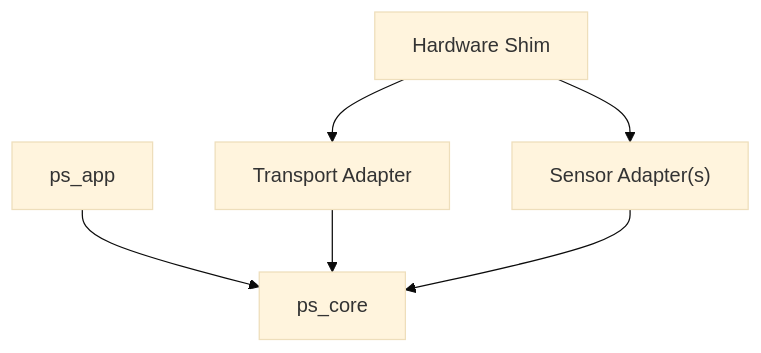
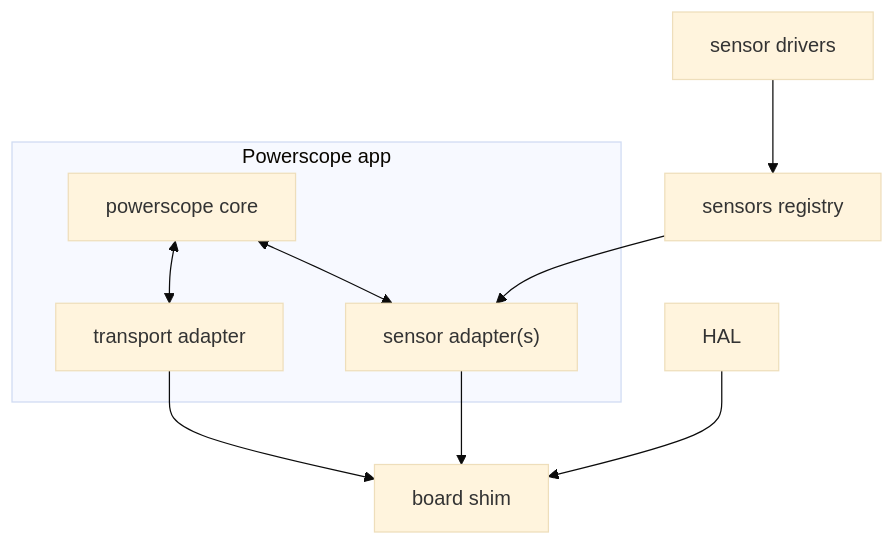
Before and after one commit to brahimab8/stm32-power-scope: the fifth of 7 diagrams in docs/architecture.md, drawn with Mermaid (base theme). The commit also changed other lines of this file and 8 other files, not shown here.

Commit message:
docs: rewrite README and architecture; add new docs for the daemon, ctr_cli and build & test workflows; ensure path consistency across docs

````diff
--- a/docs/architecture.md
+++ b/docs/architecture.md
@@ -53,14 +168,21 @@
 ```mermaid
 flowchart TB
-  APP[ps_app]
-  CORE[ps_core]
-  TRANSPORT[Transport Adapter]
-  SENSOR["Sensor Adapter(s)"]
-  SHIM["Hardware Shim"]
+  subgraph APP[Powerscope app]
+    CORE[powerscope core]
+    TA[transport adapter]
+    SA["sensor adapter(s)"]
+    CORE <--> TA
+    CORE <--> SA
+  end
 
-  APP --> CORE
-  TRANSPORT --> CORE
-  SENSOR --> CORE
-  SHIM --> TRANSPORT
-  SHIM --> SENSOR
+  SHIM[board shim]
+  HAL[HAL]
+  REG[sensors registry]
+  DRIVERS[sensor drivers]
+
+  TA --> SHIM
+  SA --> SHIM
+  HAL --> SHIM
+  DRIVERS --> REG
+  REG --> SA
 ```
````
